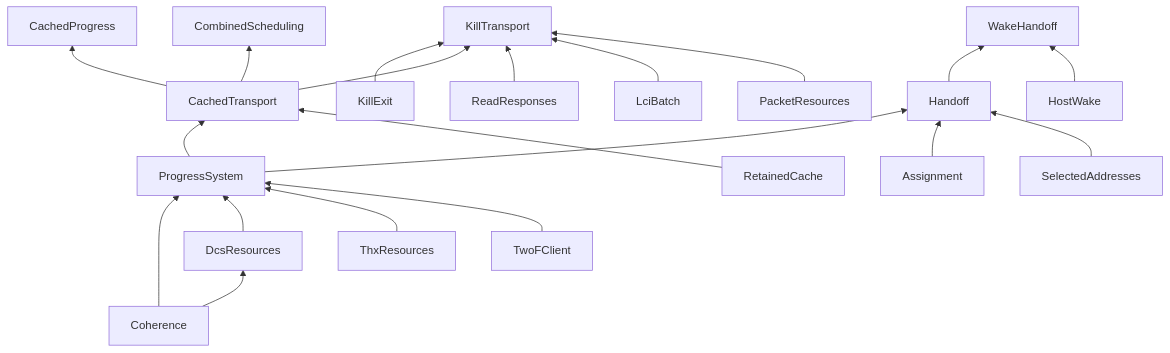
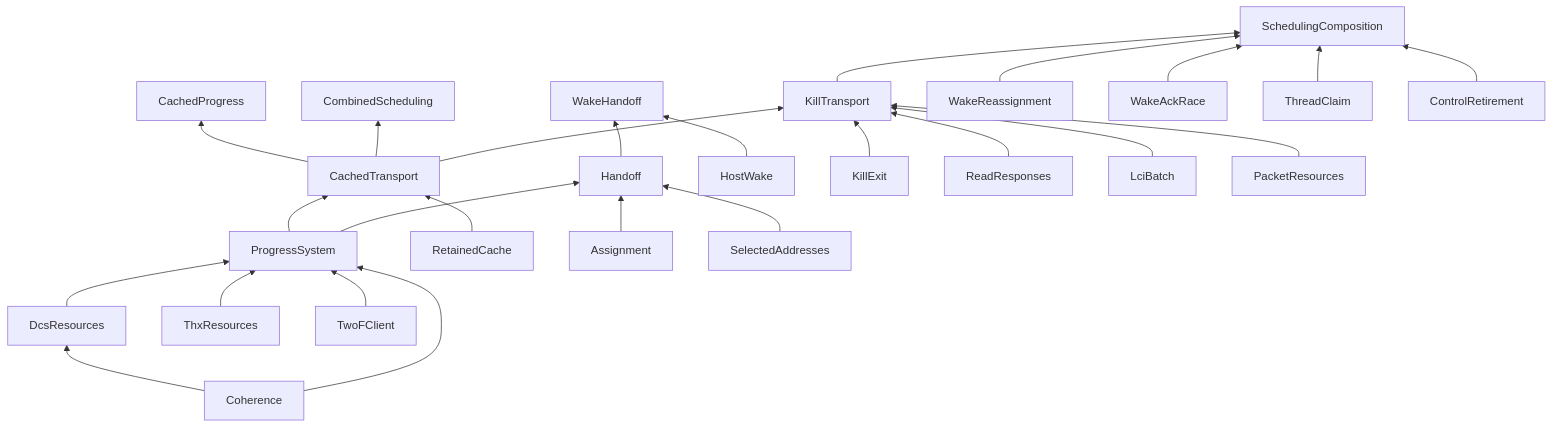
The diagram in model/README.md (KireinaHoro/enzian-pio-nic), drawn with Mermaid before and after one commit. The commit also changed other lines of this file and 21 other files, not shown here.

First line of the commit message:
Compose scheduling races with kill and transport resources

````diff
--- a/model/README.md
+++ b/model/README.md
@@ -27,22 +27,27 @@
 ```mermaid
 flowchart BT
   Coherence --> DcsResources
   Coherence --> ProgressSystem
   DcsResources --> ProgressSystem
   ThxResources --> ProgressSystem
   TwoFClient --> ProgressSystem
   ProgressSystem --> CachedTransport
   RetainedCache --> CachedTransport
   CachedTransport --> CachedProgress
   CachedTransport --> CombinedScheduling
   ProgressSystem --> Handoff
   Assignment --> Handoff
   SelectedAddresses --> Handoff
   Handoff --> WakeHandoff
   HostWake --> WakeHandoff
   KillExit --> KillTransport
   CachedTransport --> KillTransport
   ReadResponses --> KillTransport
   LciBatch --> KillTransport
   PacketResources --> KillTransport
+  KillTransport --> SchedulingComposition
+  WakeReassignment --> SchedulingComposition
+  WakeAckRace --> SchedulingComposition
+  ThreadClaim --> SchedulingComposition
+  ControlRetirement --> SchedulingComposition
 ```
````
